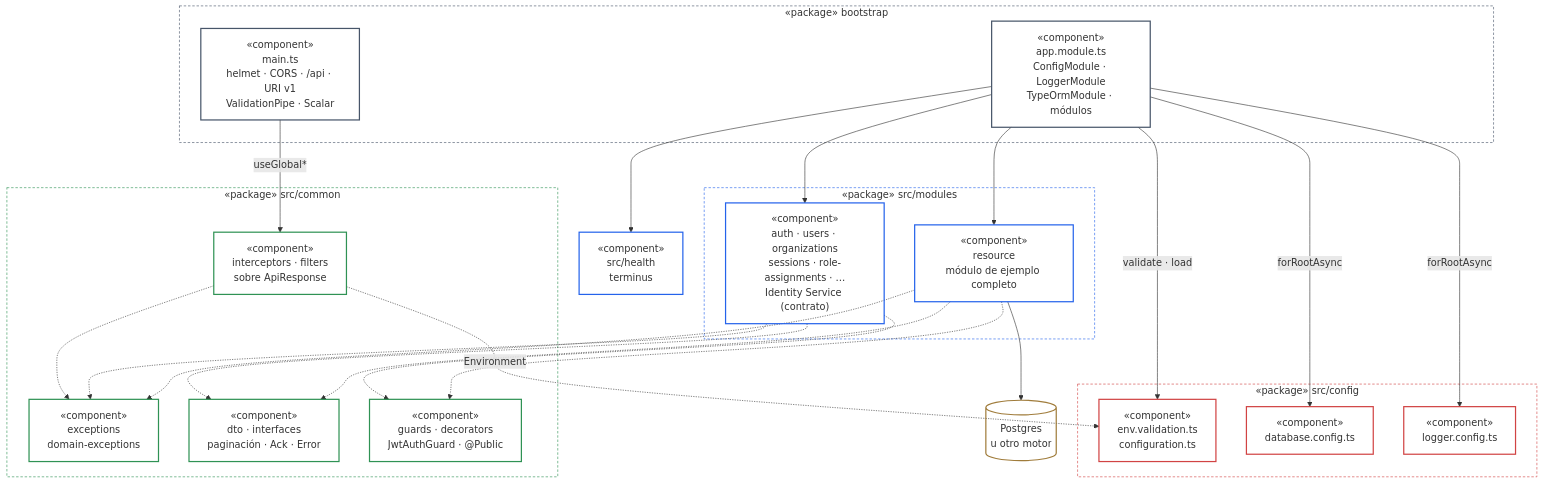
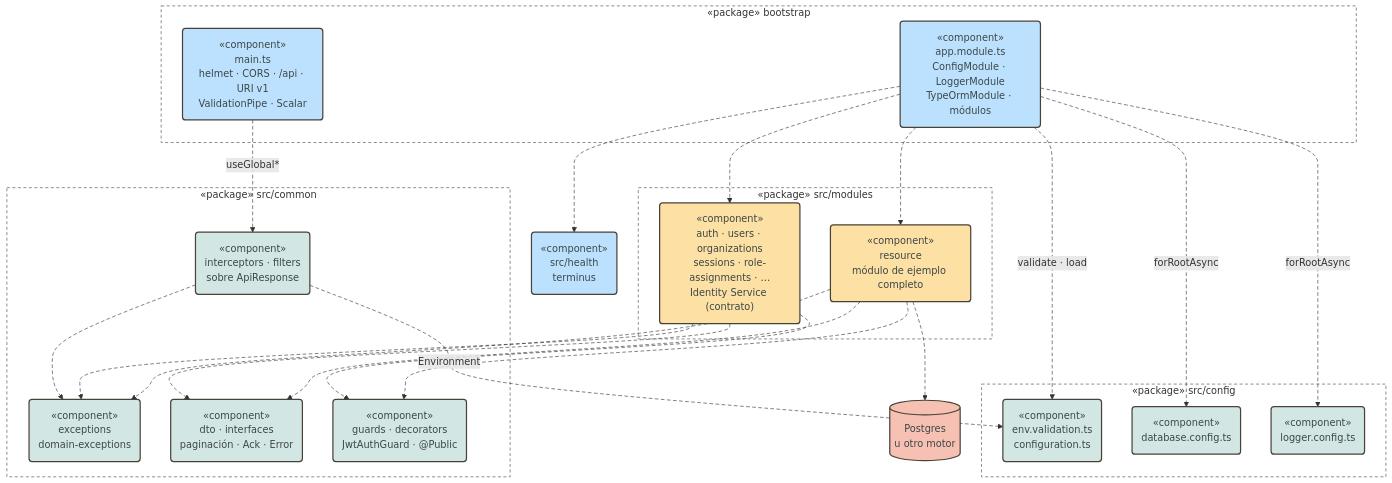
One commit to pcarroza91/nest-template changed the first of 19 diagrams in docs/architecture.md. Above: the diagram before and after it, drawn with Mermaid. The commit also changed other lines of this file and 2 other files, not shown here.

First line of the commit message:
docs(architecture): aplica el estilo pastel por rol a los diagramas Mermaid

````diff
--- a/docs/architecture.md
+++ b/docs/architecture.md
@@ -16,52 +16,45 @@
 ```mermaid
 flowchart TB
     subgraph BOOT["«package» bootstrap"]
-        MAIN["«component»<br/>main.ts<br/>helmet · CORS · /api · URI v1<br/>ValidationPipe · Scalar"]
-        APPM["«component»<br/>app.module.ts<br/>ConfigModule · LoggerModule<br/>TypeOrmModule · módulos"]
+        MAIN("«component»<br/>main.ts<br/>helmet · CORS · /api · URI v1<br/>ValidationPipe · Scalar")
+        APPM("«component»<br/>app.module.ts<br/>ConfigModule · LoggerModule<br/>TypeOrmModule · módulos")
     end
     subgraph MODULES["«package» src/modules"]
-        RES["«component»<br/>resource<br/>módulo de ejemplo completo"]
-        IDN["«component»<br/>auth · users · organizations<br/>sessions · role-assignments · …<br/>Identity Service (contrato)"]
+        RES("«component»<br/>resource<br/>módulo de ejemplo completo")
+        IDN("«component»<br/>auth · users · organizations<br/>sessions · role-assignments · …<br/>Identity Service (contrato)")
     end
-    HEALTH["«component»<br/>src/health<br/>terminus"]
+    HEALTH("«component»<br/>src/health<br/>terminus")
     subgraph COMMON["«package» src/common"]
-        RESP["«component»<br/>interceptors · filters<br/>sobre ApiResponse"]
-        EXC["«component»<br/>exceptions<br/>domain-exceptions"]
-        DTO["«component»<br/>dto · interfaces<br/>paginación · Ack · Error"]
-        SEC["«component»<br/>guards · decorators<br/>JwtAuthGuard · @Public"]
+        RESP("«component»<br/>interceptors · filters<br/>sobre ApiResponse")
+        EXC("«component»<br/>exceptions<br/>domain-exceptions")
+        DTO("«component»<br/>dto · interfaces<br/>paginación · Ack · Error")
+        SEC("«component»<br/>guards · decorators<br/>JwtAuthGuard · @Public")
     end
     subgraph CONFIG["«package» src/config"]
-        ENV["«component»<br/>env.validation.ts<br/>configuration.ts"]
-        DBC["«component»<br/>database.config.ts"]
-        LOG["«component»<br/>logger.config.ts"]
+        ENV("«component»<br/>env.validation.ts<br/>configuration.ts")
+        DBC("«component»<br/>database.config.ts")
+        LOG("«component»<br/>logger.config.ts")
     end
     DB[("Postgres<br/>u otro motor")]
 
     APPM --> RES & IDN & HEALTH
     APPM -- "validate · load" --> ENV
     APPM -- "forRootAsync" --> DBC & LOG
     MAIN -- "useGlobal*" --> RESP
     RES & IDN -.-> EXC & DTO & SEC
     RESP -.-> EXC
     RESP -. "Environment" .-> ENV
     RES --> DB
 
-    classDef pkgApp fill:transparent,stroke:#475569,stroke-dasharray:4 3
-    classDef app fill:transparent,stroke:#475569,stroke-width:2px
-    classDef pkgFeature fill:transparent,stroke:#2563eb,stroke-dasharray:4 3
-    classDef feature fill:transparent,stroke:#2563eb,stroke-width:2px
-    classDef pkgCore fill:transparent,stroke:#d14343,stroke-dasharray:4 3
-    classDef core fill:transparent,stroke:#d14343,stroke-width:2px
-    classDef pkgShared fill:transparent,stroke:#2f9254,stroke-dasharray:4 3
-    classDef shared fill:transparent,stroke:#2f9254,stroke-width:2px
-    classDef ext fill:transparent,stroke:#a07c3b,stroke-width:2px
-    class BOOT pkgApp
-    class MAIN,APPM app
-    class MODULES pkgFeature
-    class RES,IDN,HEALTH feature
-    class CONFIG pkgCore
-    class ENV,DBC,LOG core
-    class COMMON pkgShared
-    class RESP,EXC,DTO,SEC shared
+    classDef entry fill:#bce1ff,stroke:#494238,stroke-width:2px,color:#3c4747
+    classDef domain fill:#fde0a3,stroke:#494238,stroke-width:2px,color:#3c4747
+    classDef shared fill:#d2e7e4,stroke:#494238,stroke-width:2px,color:#3c4747
+    classDef ext fill:#f6c1b2,stroke:#494238,stroke-width:2px,color:#3c4747
+    classDef pkg fill:transparent,stroke:#8a857d,stroke-width:1.5px,stroke-dasharray:5 4
+    class MAIN,APPM,HEALTH entry
+    class RES,IDN domain
+    class RESP,EXC,DTO,SEC,ENV,DBC,LOG shared
     class DB ext
+    class BOOT,MODULES,COMMON,CONFIG pkg
+    linkStyle default stroke-dasharray:6 4
 ```
````
